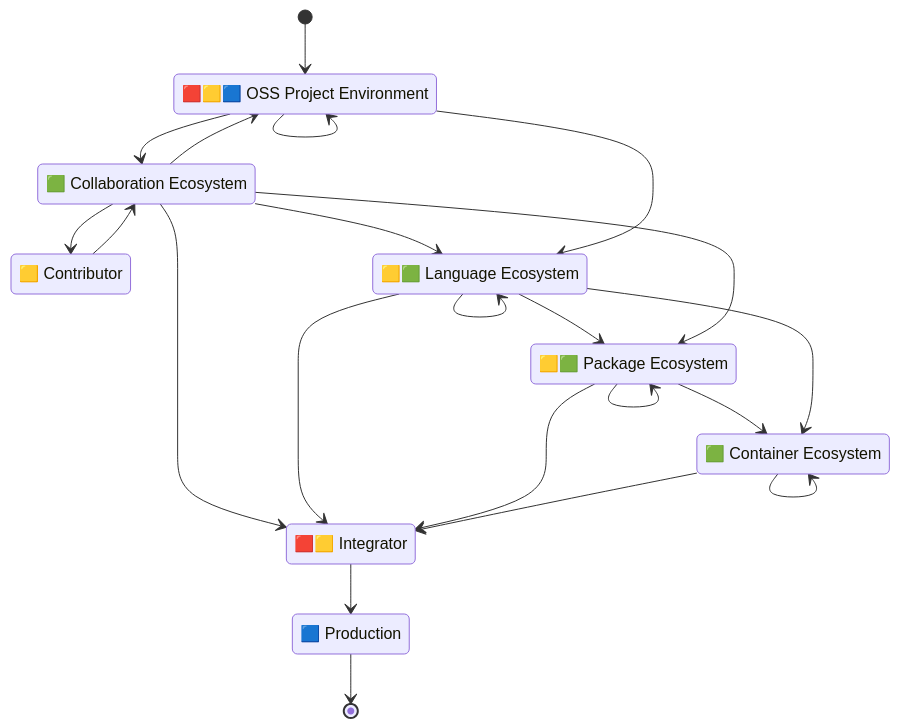
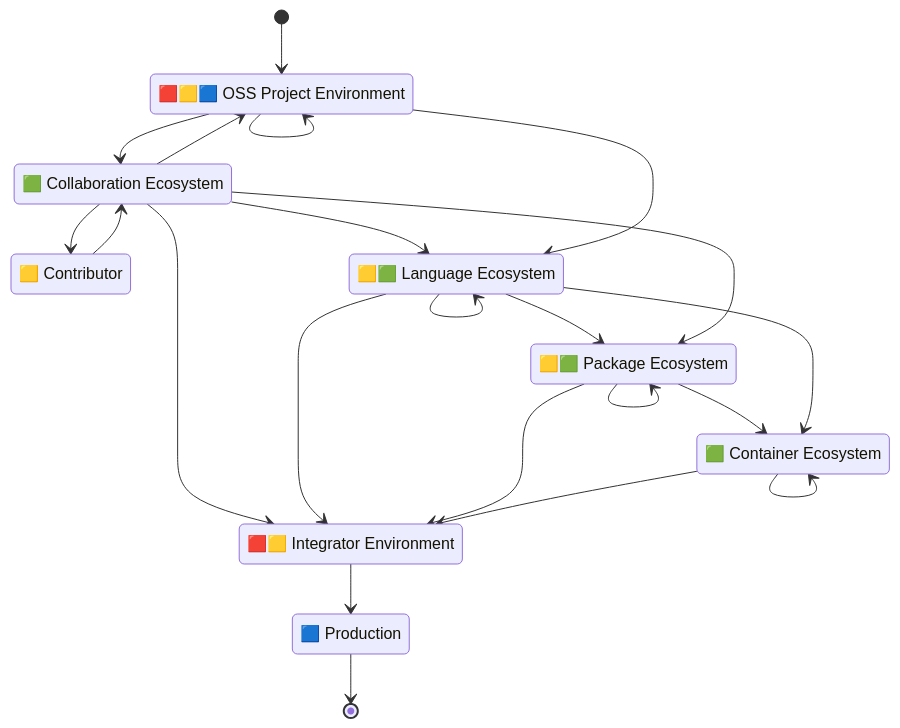
The first of 5 diagrams in docs/supplychain-sbom.md (CPAN-Security/security.metacpan.org), drawn with Mermaid before and after one commit. The commit also changed other lines of this file, not shown here.

Commit message:
Play around a little with the state diagrams

````diff
--- a/docs/supplychain-sbom.md
+++ b/docs/supplychain-sbom.md
@@ -70,38 +70,38 @@
 ```mermaid
 stateDiagram-v2
     direction TB
 
     state "🟥&zwj;🟨&zwj;🟦&nbsp;OSS&nbsp;Project&nbsp;Environment" as environment_project
     state "🟨&nbsp;Contributor" as environment_contributor
     state "🟩&nbsp;Collaboration&nbsp;Ecosystem" as ecosystem_forge
     state "🟨&zwj;🟩&nbsp;Language&nbsp;Ecosystem" as ecosystem_lang
     state "🟨&zwj;🟩&nbsp;Package&nbsp;Ecosystem" as ecosystem_package
     state "🟩&nbsp;Container&nbsp;Ecosystem" as ecosystem_container
-    state "🟥🟨&nbsp;Integrator" as environment_integrator
+    state "🟥&zwj;🟨&nbsp;Integrator&nbsp;Environment" as environment_integrator
     state "🟦&nbsp;Production" as environment_prod
 
     [*]                      --> environment_project
     ecosystem_forge          --> environment_project
     ecosystem_forge          --> environment_contributor
     ecosystem_forge          --> ecosystem_lang
     environment_project      --> ecosystem_forge
     environment_project      --> ecosystem_lang
     environment_project      --> environment_project
     environment_contributor  --> ecosystem_forge
     ecosystem_lang           --> ecosystem_package
     ecosystem_forge          --> ecosystem_package
     ecosystem_package        --> ecosystem_package
     ecosystem_lang           --> ecosystem_lang
     ecosystem_package        --> ecosystem_container
     ecosystem_container      --> ecosystem_container
     ecosystem_forge          --> environment_integrator
     ecosystem_lang           --> environment_integrator
     ecosystem_lang           --> ecosystem_container
     ecosystem_package        --> environment_integrator
     ecosystem_container      --> environment_integrator
     environment_integrator   --> environment_prod
     environment_prod         --> [*]
 
     %% Copyright © 2024 Salve J. Nilsen <sjn@oslo.pm>
     %% Some rights reserved. Licensed CC-BY-SA-4.0
 ```
````
